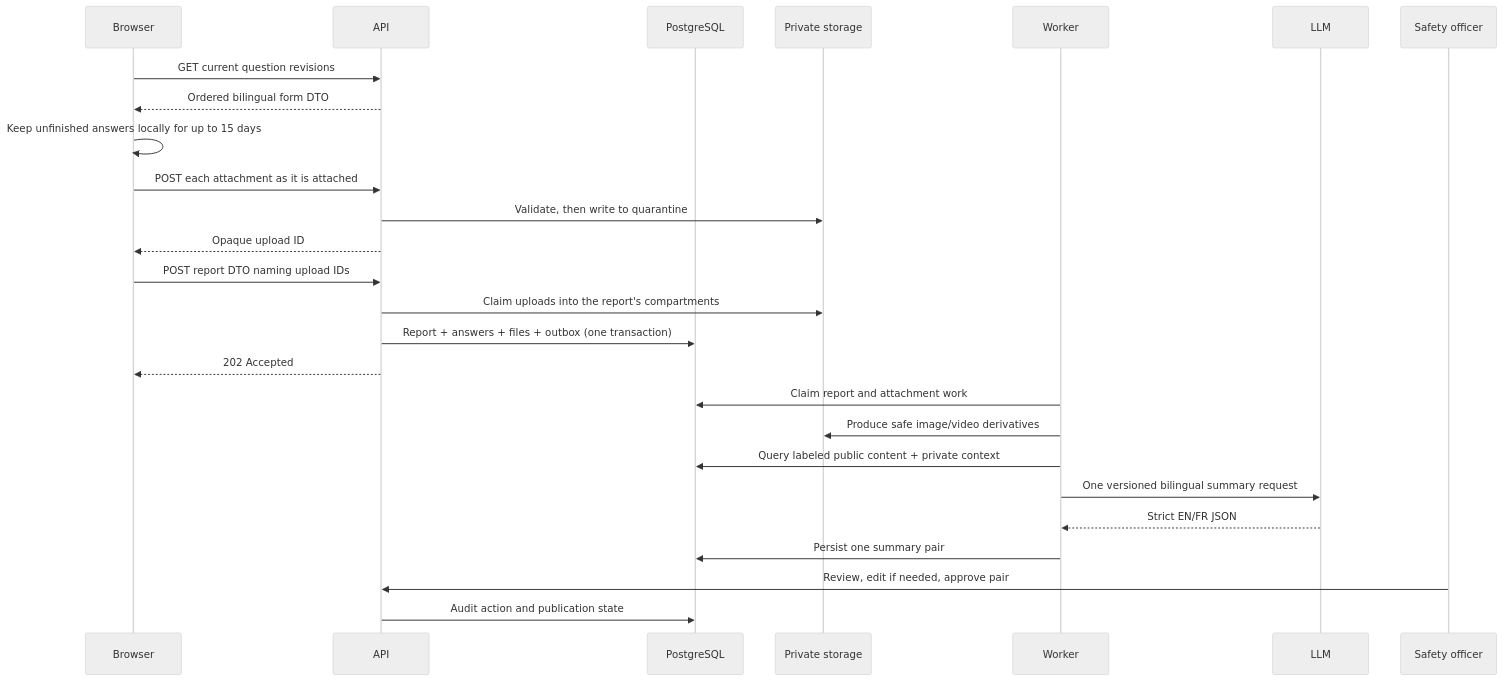
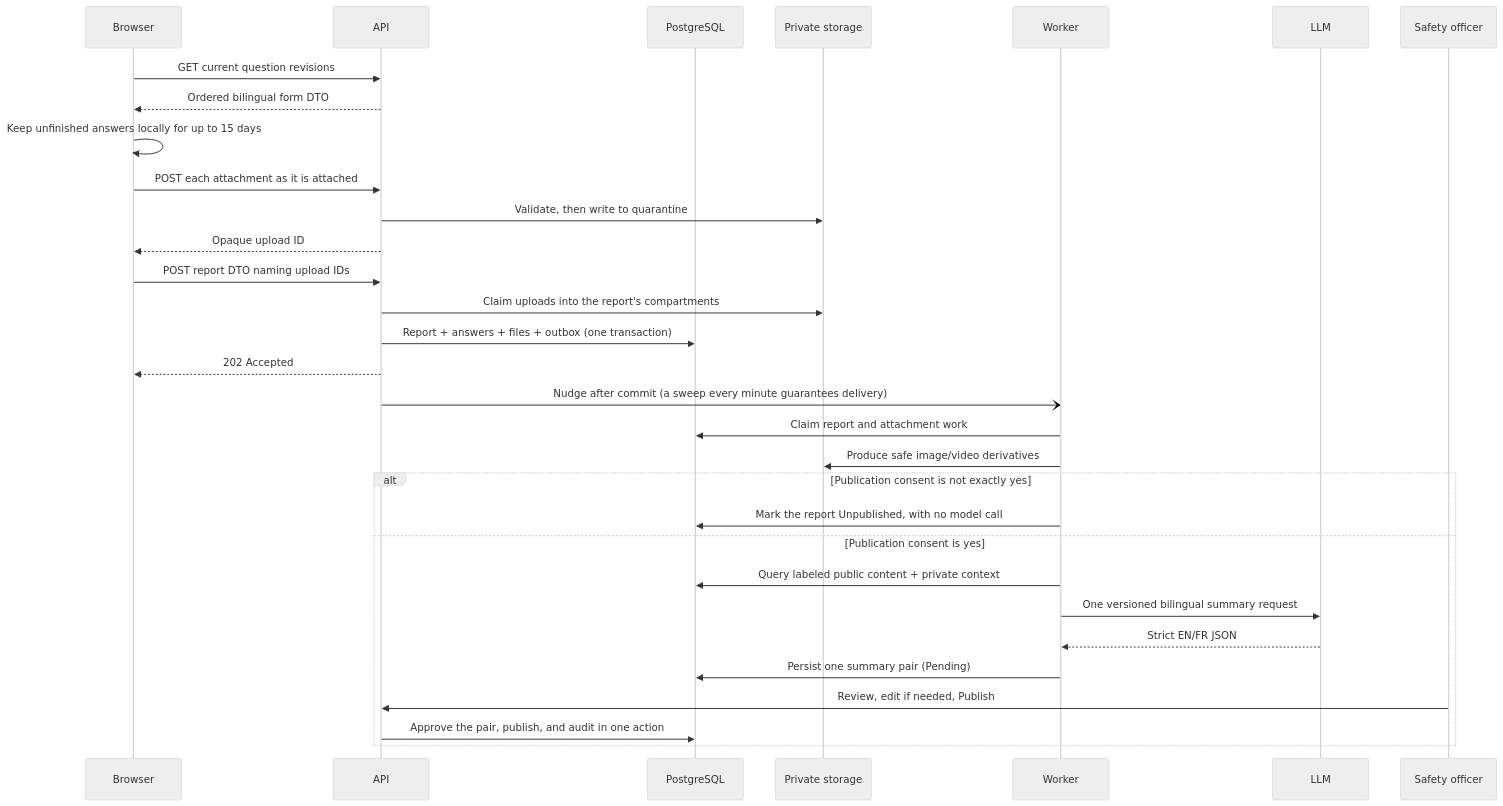
One commit to HPAC-Safety/safety-report changed the second of 2 diagrams in docs/system-overview.md. Above: the diagram before and after it, drawn with Mermaid (neutral theme). The commit also changed other lines of this file and 3 other files, not shown here.

First line of the commit message:
Keep one canonical report-flow diagram, current with ADR-0123 and ADR-0125 (#533)

````diff
--- a/docs/system-overview.md
+++ b/docs/system-overview.md
@@ -102,29 +103,34 @@
 ```mermaid
 sequenceDiagram
     participant B as Browser
     participant A as API
     participant D as PostgreSQL
     participant S as Private storage
     participant W as Worker
     participant M as LLM
     participant H as Safety officer
 
     B->>A: GET current question revisions
     A-->>B: Ordered bilingual form DTO
     B->>B: Keep unfinished answers locally for up to 15 days
     B->>A: POST each attachment as it is attached
     A->>S: Validate, then write to quarantine
     A-->>B: Opaque upload ID
     B->>A: POST report DTO naming upload IDs
     A->>S: Claim uploads into the report's compartments
     A->>D: Report + answers + files + outbox (one transaction)
     A-->>B: 202 Accepted
+    A-)W: Nudge after commit (a sweep every minute guarantees delivery)
     W->>D: Claim report and attachment work
     W->>S: Produce safe image/video derivatives
-    W->>D: Query labeled public content + private context
-    W->>M: One versioned bilingual summary request
-    M-->>W: Strict EN/FR JSON
-    W->>D: Persist one summary pair
-    H->>A: Review, edit if needed, approve pair
-    A->>D: Audit action and publication state
+    alt Publication consent is not exactly yes
+        W->>D: Mark the report Unpublished, with no model call
+    else Publication consent is yes
+        W->>D: Query labeled public content + private context
+        W->>M: One versioned bilingual summary request
+        M-->>W: Strict EN/FR JSON
+        W->>D: Persist one summary pair (Pending)
+        H->>A: Review, edit if needed, Publish
+        A->>D: Approve the pair, publish, and audit in one action
+    end
 ```
````
